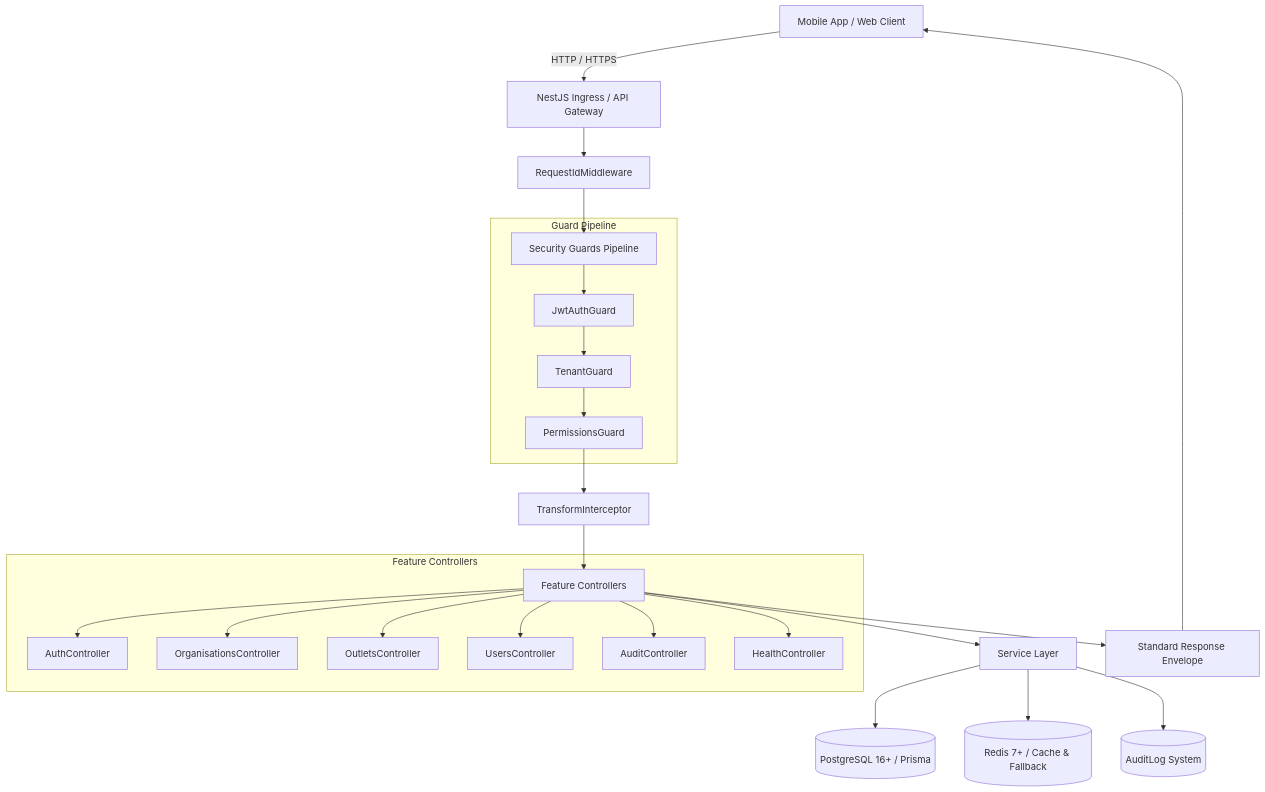
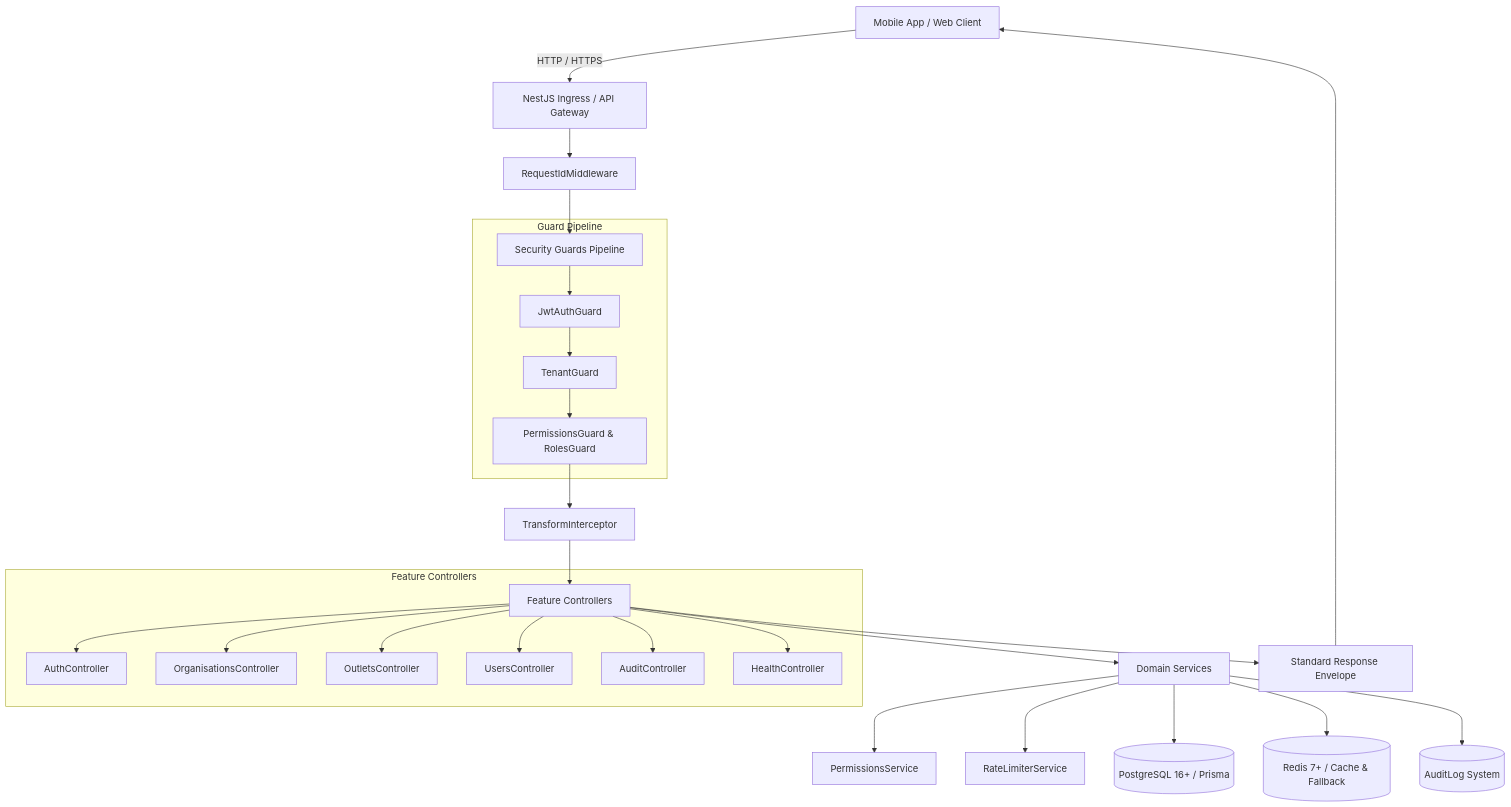
One commit to Manoharaya/Gym-App changed the diagram in docs/architecture/backend.md. Above: the diagram before and after it, drawn with Mermaid. The commit also changed other lines of this file and 37 other files, not shown here.

````diff
--- a/docs/architecture/backend.md
+++ b/docs/architecture/backend.md
@@ -7,32 +7,34 @@
 ```mermaid
 graph TD
     Client[Mobile App / Web Client] -->|HTTP / HTTPS| Ingress[NestJS Ingress / API Gateway]
     Ingress --> Middleware[RequestIdMiddleware]
     Middleware --> GuardPipeline[Security Guards Pipeline]
     
     subgraph Guard Pipeline
         GuardPipeline --> JwtGuard[JwtAuthGuard]
         JwtGuard --> TenantGuard[TenantGuard]
-        TenantGuard --> PermGuard[PermissionsGuard]
+        TenantGuard --> PermGuard[PermissionsGuard & RolesGuard]
     end
 
     PermGuard --> Interceptor[TransformInterceptor]
     Interceptor --> Controller[Feature Controllers]
     
     subgraph Feature Controllers
         Controller --> AuthCtrl[AuthController]
         Controller --> OrgCtrl[OrganisationsController]
         Controller --> OutletCtrl[OutletsController]
         Controller --> UserCtrl[UsersController]
         Controller --> AuditCtrl[AuditController]
         Controller --> HealthCtrl[HealthController]
     end
 
-    Controller --> ServiceLayer[Service Layer]
+    Controller --> ServiceLayer[Domain Services]
+    ServiceLayer --> PermService[PermissionsService]
+    ServiceLayer --> RateLimiter[RateLimiterService]
     ServiceLayer --> Prisma[(PostgreSQL 16+ / Prisma)]
     ServiceLayer --> Redis[(Redis 7+ / Cache & Fallback)]
     ServiceLayer --> Audit[(AuditLog System)]
 
     Controller --> TransformInterceptor[Standard Response Envelope]
     TransformInterceptor --> Client
 ```
````
